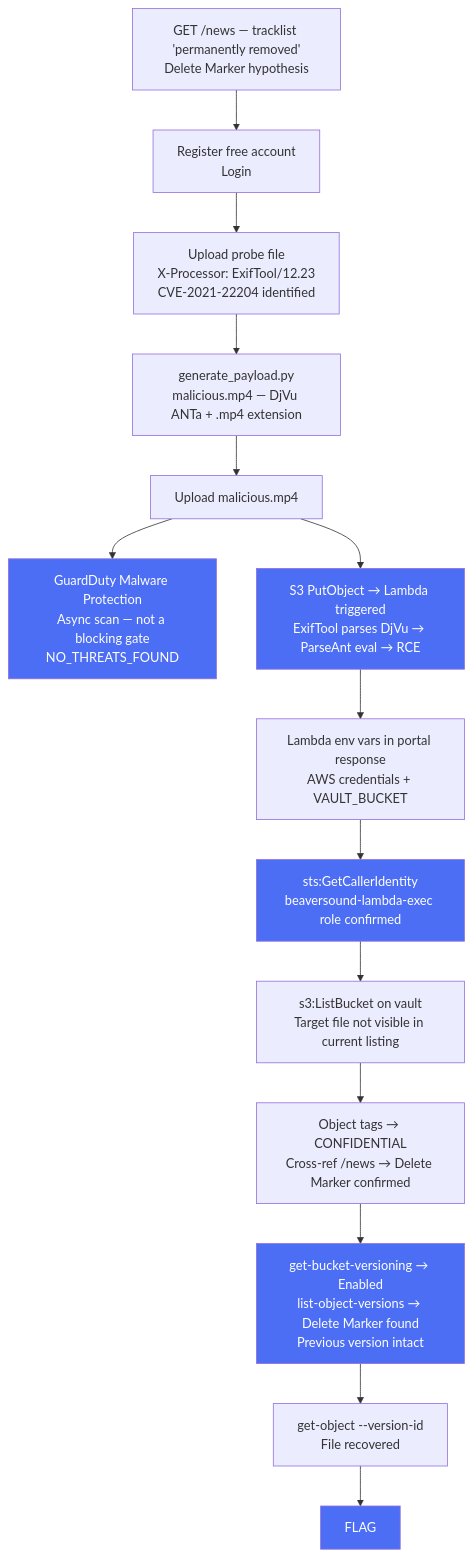
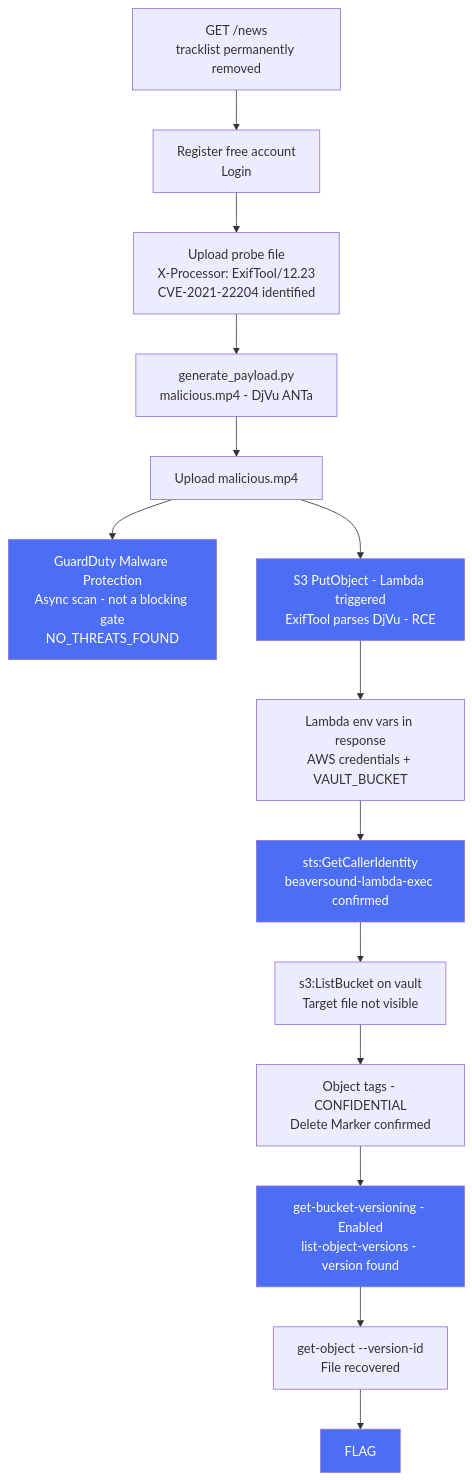
Before and after one commit to Beaver-Dam-Community/GnawLab: the diagram in scenarios/aws/07-cve/hidden-track/README.md, drawn with Mermaid.

Commit message:
fix: fix mermaid diagram rendering in hidden-track README

````diff
--- a/scenarios/aws/07-cve/hidden-track/README.md
+++ b/scenarios/aws/07-cve/hidden-track/README.md
@@ -72,22 +72,22 @@
 ```mermaid
 flowchart TB
-    A["GET /news — tracklist 'permanently removed'<br/>Delete Marker hypothesis"] --> B["Register free account<br/>Login"]
-    B --> C["Upload probe file<br/>X-Processor: ExifTool/12.23<br/>CVE-2021-22204 identified"]
-    C --> D["generate_payload.py<br/>malicious.mp4 — DjVu ANTa + .mp4 extension"]
+    A[GET /news<br/>tracklist permanently removed] --> B[Register free account<br/>Login]
+    B --> C[Upload probe file<br/>X-Processor: ExifTool/12.23<br/>CVE-2021-22204 identified]
+    C --> D[generate_payload.py<br/>malicious.mp4 - DjVu ANTa]
     D --> E[Upload malicious.mp4]
-    E --> F["GuardDuty Malware Protection<br/>Async scan — not a blocking gate<br/>NO_THREATS_FOUND"]
-    E --> G["S3 PutObject → Lambda triggered<br/>ExifTool parses DjVu → ParseAnt eval → RCE"]
-    G --> H["Lambda env vars in portal response<br/>AWS credentials + VAULT_BUCKET"]
-    H --> I["sts:GetCallerIdentity<br/>beaversound-lambda-exec role confirmed"]
-    I --> J["s3:ListBucket on vault<br/>Target file not visible in current listing"]
-    J --> K["Object tags → CONFIDENTIAL<br/>Cross-ref /news → Delete Marker confirmed"]
-    K --> L["get-bucket-versioning → Enabled<br/>list-object-versions → Delete Marker found<br/>Previous version intact"]
-    L --> M["get-object --version-id<br/>File recovered"]
+    E --> F[GuardDuty Malware Protection<br/>Async scan - not a blocking gate<br/>NO_THREATS_FOUND]
+    E --> G[S3 PutObject - Lambda triggered<br/>ExifTool parses DjVu - RCE]
+    G --> H[Lambda env vars in response<br/>AWS credentials + VAULT_BUCKET]
+    H --> I[sts:GetCallerIdentity<br/>beaversound-lambda-exec confirmed]
+    I --> J[s3:ListBucket on vault<br/>Target file not visible]
+    J --> K[Object tags - CONFIDENTIAL<br/>Delete Marker confirmed]
+    K --> L[get-bucket-versioning - Enabled<br/>list-object-versions - version found]
+    L --> M[get-object --version-id<br/>File recovered]
     M --> N[FLAG]
 
     style F fill:#4c6ef5,color:#fff
     style G fill:#4c6ef5,color:#fff
     style I fill:#4c6ef5,color:#fff
     style L fill:#4c6ef5,color:#fff
     style N fill:#4c6ef5,color:#fff
 ```
````
